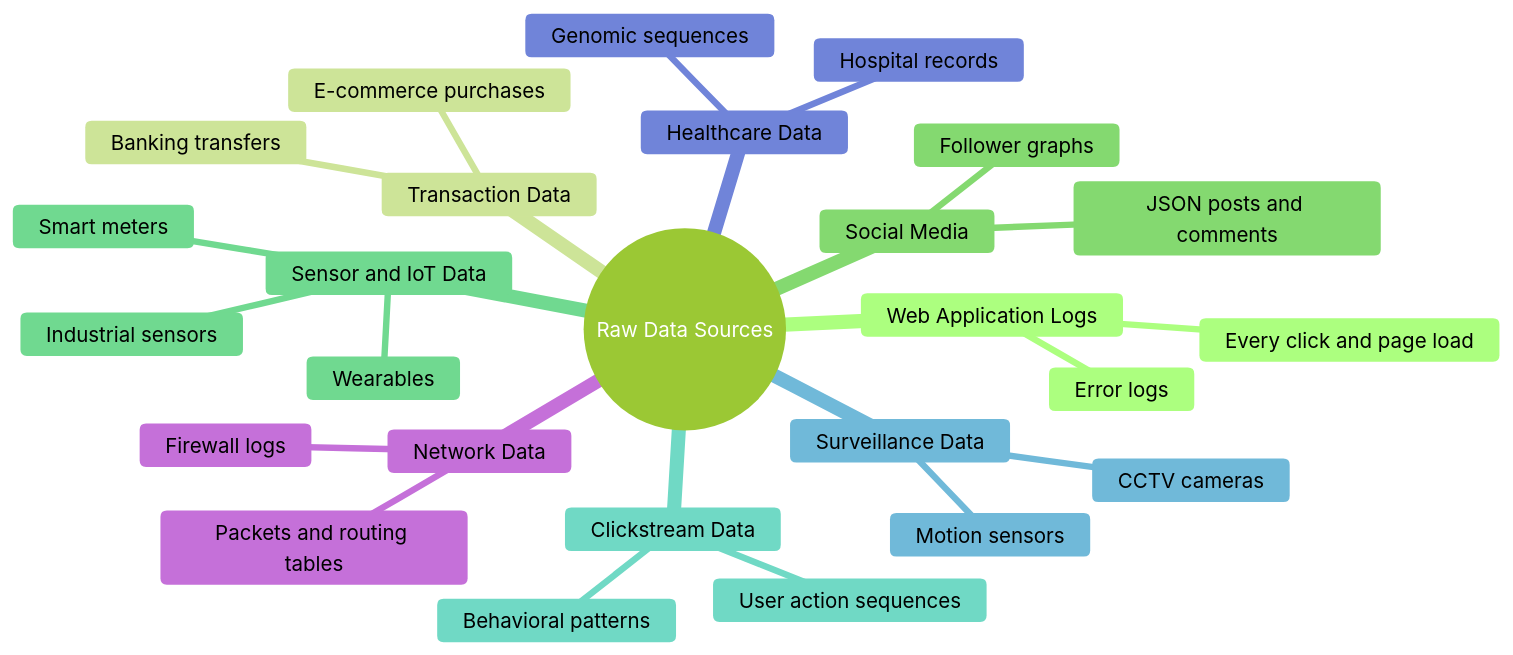
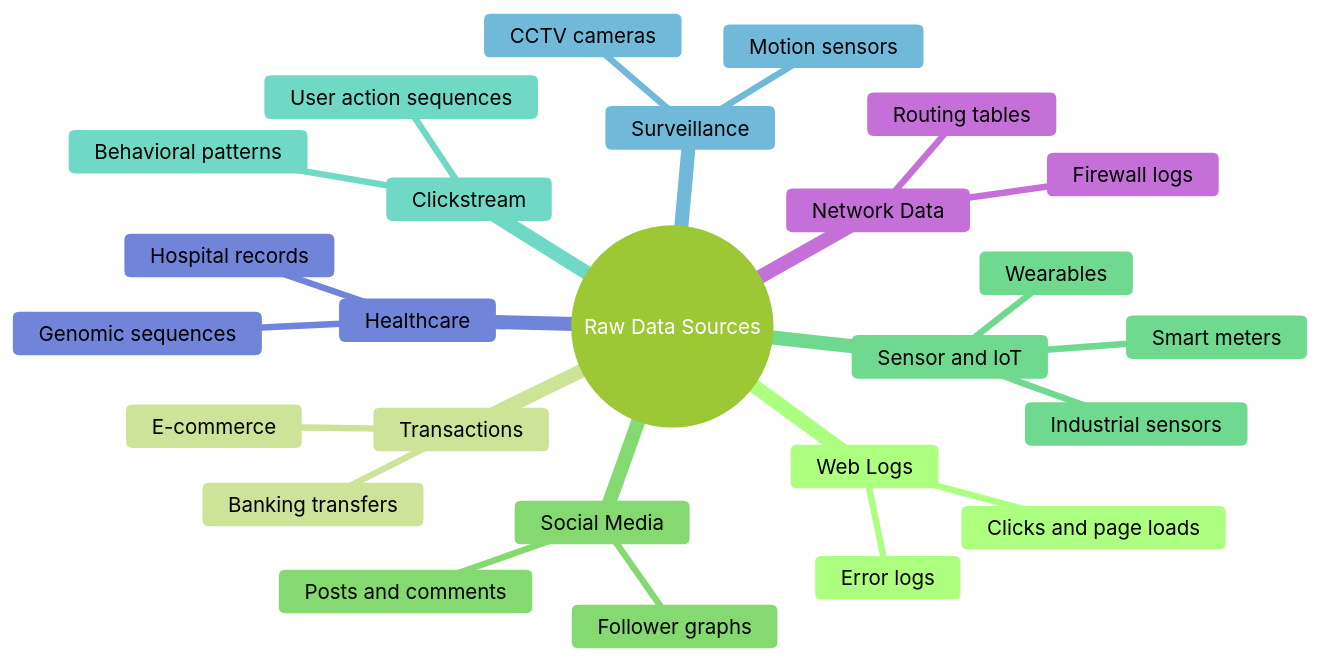
One commit to MuhammadTahaNasir/Big-Data-Analytics-Notes changed the first of 9 diagrams in Week1/Lecture1_BigData_Fundamentals.md. Above: the diagram before and after it, drawn with Mermaid (forest theme). The commit also changed other lines of this file, not shown here.

First line of the commit message:
Add Week 1 lecture notes on Big Data fundamentals

````diff
--- a/Week1/Lecture1_BigData_Fundamentals.md
+++ b/Week1/Lecture1_BigData_Fundamentals.md
@@ -49,29 +47,29 @@
 ```mermaid
 mindmap
   root((Raw Data Sources))
-    Web Application Logs
-      Every click and page load
+    Web Logs
+      Clicks and page loads
       Error logs
-    Transaction Data
+    Transactions
       Banking transfers
-      E-commerce purchases
+      E-commerce
     Social Media
-      JSON posts and comments
+      Posts and comments
       Follower graphs
-    Sensor and IoT Data
+    Sensor and IoT
       Wearables
       Smart meters
       Industrial sensors
-    Clickstream Data
+    Clickstream
       User action sequences
       Behavioral patterns
-    Surveillance Data
+    Surveillance
       CCTV cameras
       Motion sensors
-    Healthcare Data
+    Healthcare
       Hospital records
       Genomic sequences
     Network Data
-      Packets and routing tables
+      Routing tables
       Firewall logs
 ```
````
